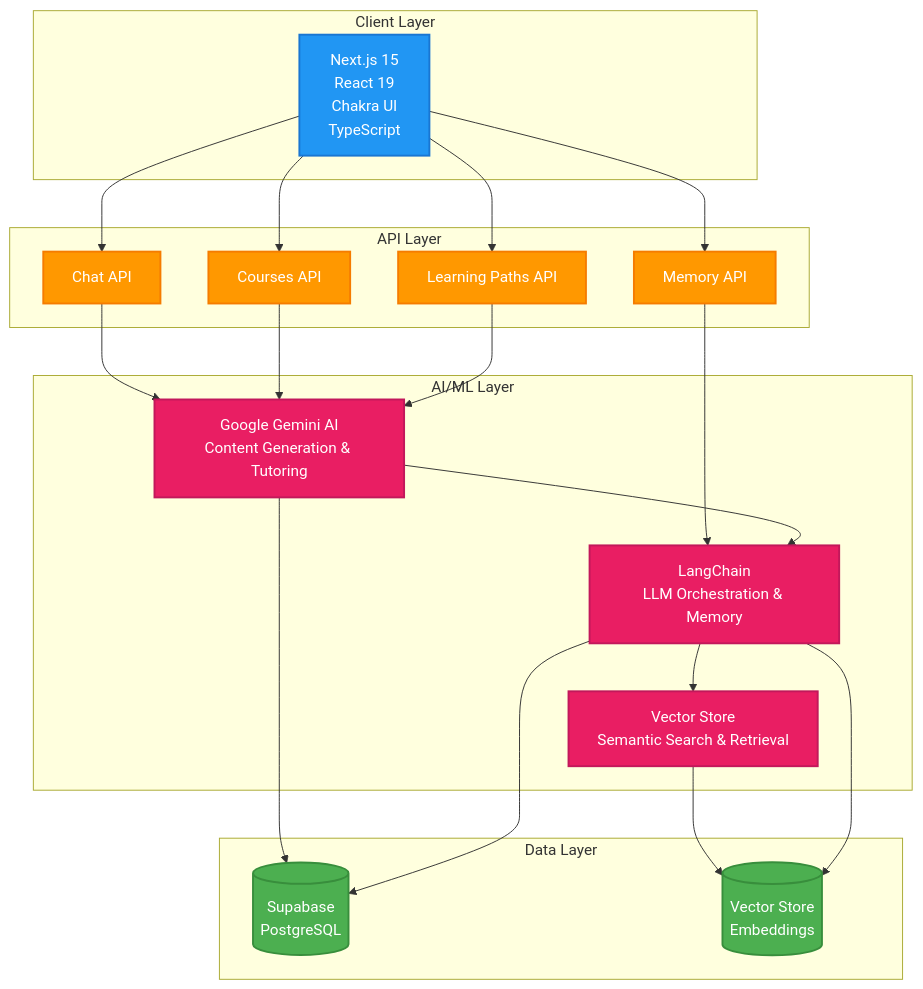
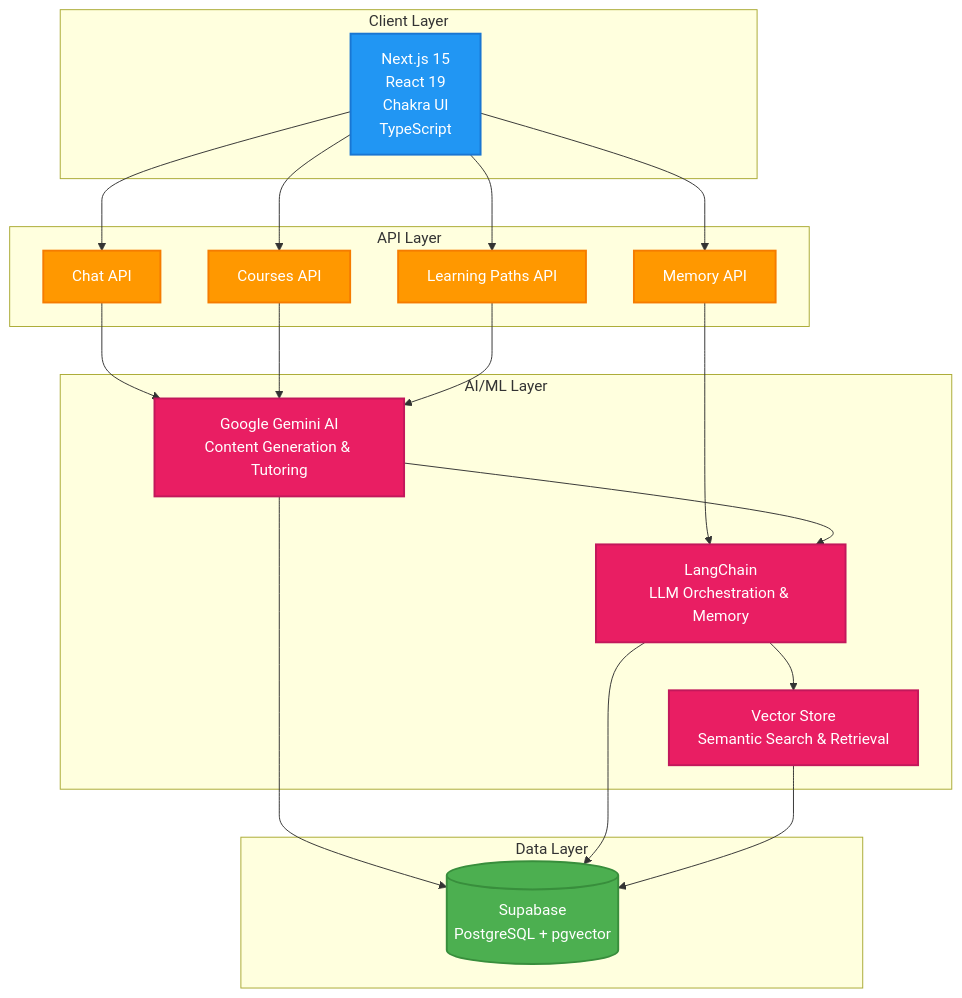
One commit to ThomasLix7/mindpulse changed the diagram in README.md. Above: the diagram before and after it, drawn with Mermaid.

Commit message:
refine diagram

````diff
--- a/README.md
+++ b/README.md
@@ -114,53 +114,50 @@
 ```mermaid
 graph TB
     subgraph "Client Layer"
         A[Next.js 15<br/>React 19<br/>Chakra UI<br/>TypeScript]
     end
 
     subgraph "API Layer"
         B1[Chat API]
         B2[Courses API]
         B3[Memory API]
         B4[Learning Paths API]
     end
 
     subgraph "AI/ML Layer"
         C1[Google Gemini AI<br/>Content Generation & Tutoring]
         C2[LangChain<br/>LLM Orchestration & Memory]
         C3[Vector Store<br/>Semantic Search & Retrieval]
     end
 
     subgraph "Data Layer"
-        D1[(Supabase<br/>PostgreSQL)]
-        D2[(Vector Store<br/>Embeddings)]
+        D1[(Supabase<br/>PostgreSQL + pgvector)]
     end
 
     A --> B1
     A --> B2
     A --> B3
     A --> B4
 
     B1 --> C1
     B2 --> C1
     B3 --> C2
     B4 --> C1
 
     C1 --> C2
     C2 --> C3
 
     C1 --> D1
     C2 --> D1
-    C3 --> D2
-    C2 --> D2
+    C3 --> D1
 
     style A fill:#2196F3,stroke:#1976D2,stroke-width:2px,color:#fff
     style B1 fill:#FF9800,stroke:#F57C00,stroke-width:2px,color:#fff
     style B2 fill:#FF9800,stroke:#F57C00,stroke-width:2px,color:#fff
     style B3 fill:#FF9800,stroke:#F57C00,stroke-width:2px,color:#fff
     style B4 fill:#FF9800,stroke:#F57C00,stroke-width:2px,color:#fff
     style C1 fill:#E91E63,stroke:#C2185B,stroke-width:2px,color:#fff
     style C2 fill:#E91E63,stroke:#C2185B,stroke-width:2px,color:#fff
     style C3 fill:#E91E63,stroke:#C2185B,stroke-width:2px,color:#fff
     style D1 fill:#4CAF50,stroke:#388E3C,stroke-width:2px,color:#fff
-    style D2 fill:#4CAF50,stroke:#388E3C,stroke-width:2px,color:#fff
 ```
````
